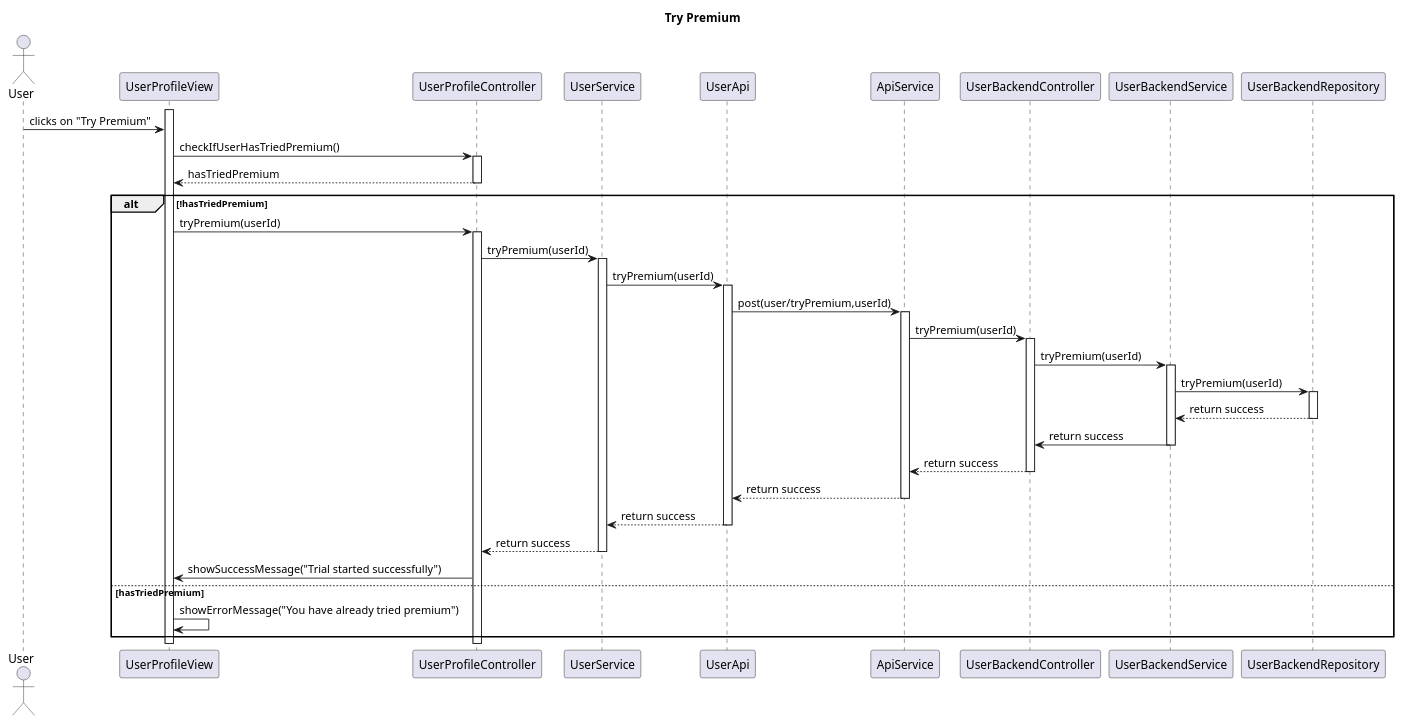
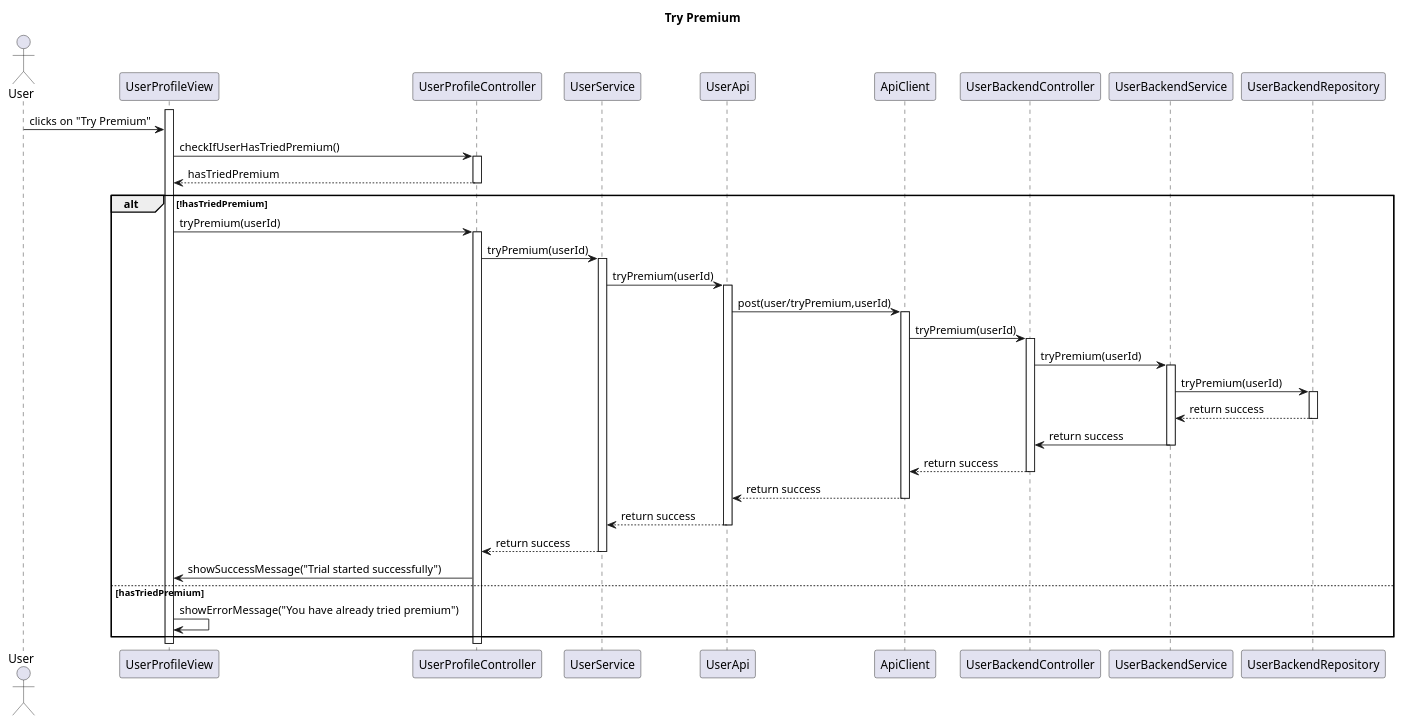
Before and after one commit to RubenKingCP/Tunix: the diagram in Paradoteo_4/SequenceDiagrams-v0.3/TryPremium.puml, drawn with PlantUML. The commit also changed 40 other files, not shown here.

```diff
--- a/Paradoteo_4/SequenceDiagrams-v0.3/TryPremium.puml
+++ b/Paradoteo_4/SequenceDiagrams-v0.3/TryPremium.puml
@@ -1,55 +1,55 @@
 @startuml TryPremium
 
 title Try Premium
 
 actor User
 
 participant UserProfileView
 participant UserProfileController
 participant UserService
 participant UserApi
-participant ApiService
+participant ApiClient
 participant UserBackendController
 participant UserBackendService
 participant UserBackendRepository
 
 
 activate UserProfileView
 User -> UserProfileView : clicks on "Try Premium"
 UserProfileView -> UserProfileController : checkIfUserHasTriedPremium()
 activate UserProfileController
 UserProfileController --> UserProfileView : hasTriedPremium
 deactivate UserProfileController
 alt !hasTriedPremium
 UserProfileView -> UserProfileController : tryPremium(userId)
 activate UserProfileController
 UserProfileController -> UserService : tryPremium(userId)
 activate UserService
 UserService -> UserApi : tryPremium(userId)
 activate UserApi
-UserApi -> ApiService : post(user/tryPremium,userId)
-activate ApiService
-ApiService -> UserBackendController : tryPremium(userId)
+UserApi -> ApiClient : post(user/tryPremium,userId)
+activate ApiClient
+ApiClient -> UserBackendController : tryPremium(userId)
 activate UserBackendController
 UserBackendController -> UserBackendService : tryPremium(userId)
 activate UserBackendService
 UserBackendService -> UserBackendRepository : tryPremium(userId)
 activate UserBackendRepository
 UserBackendRepository --> UserBackendService : return success
 deactivate UserBackendRepository
 UserBackendService -> UserBackendController : return success
 deactivate UserBackendService
-UserBackendController --> ApiService : return success
+UserBackendController --> ApiClient : return success
 deactivate UserBackendController
-ApiService --> UserApi : return success
-deactivate ApiService
+ApiClient --> UserApi : return success
+deactivate ApiClient
 UserApi --> UserService : return success
 deactivate UserApi
 UserService --> UserProfileController : return success
 deactivate UserService
 UserProfileController -> UserProfileView : showSuccessMessage("Trial started successfully")
 else hasTriedPremium
 UserProfileView -> UserProfileView : showErrorMessage("You have already tried premium")
 end
 
 @enduml
```
